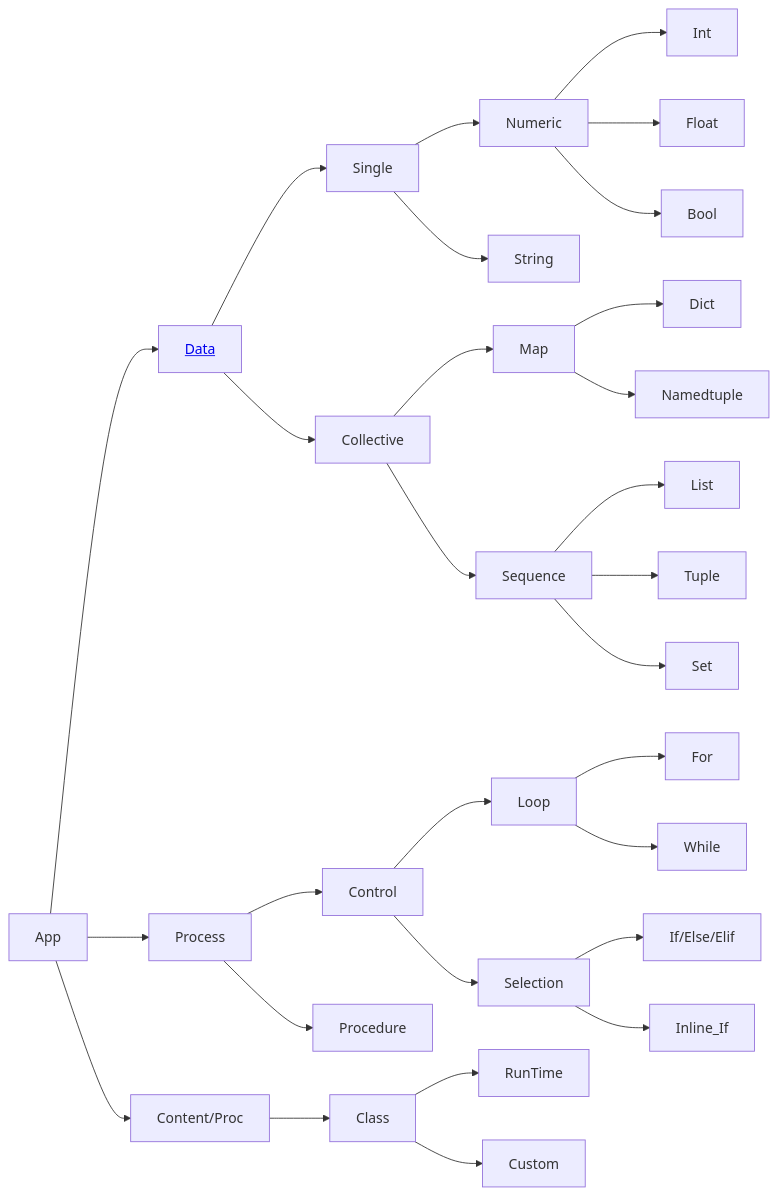
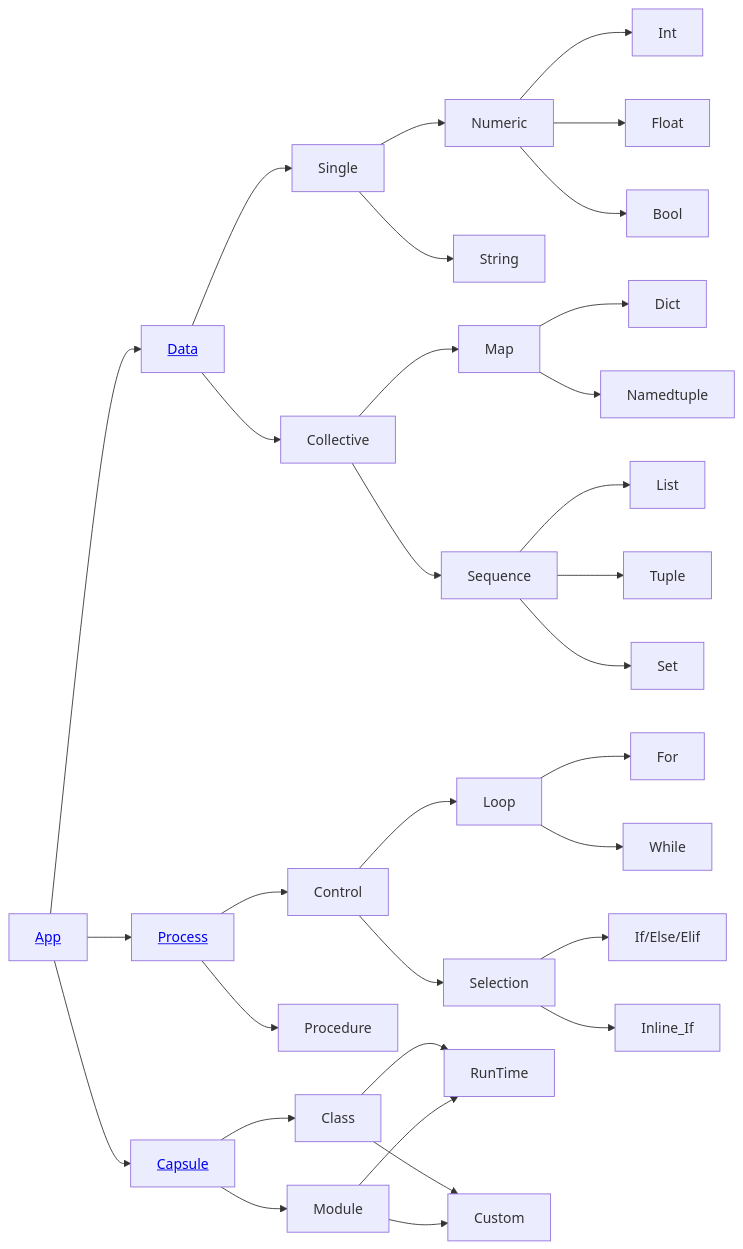
One commit to SuPyPerson/SuPyPerson.github.io changed the diagram in map.md. Above: the diagram before and after it, drawn with Mermaid. The commit also changed 3 other files, not shown here.

````diff
--- a/map.md
+++ b/map.md
@@ -4,32 +4,38 @@
 ```mermaid
 graph LR
     Data[<a href='index.html#data_content'>Data</a>]
+    App[<a href='index.html#README'>App</a>]
+    Process[<a href='index.html#info_process'>Process</a>]
+    Content/Proc[<a href='index.html#content_process'>Capsule</a>]
     App --> Data
     App --> Process
     App --> Content/Proc
     Data --> Single
     Data --> Collective
     Single --> Numeric
     Single --> String
     Numeric --> Int
     Numeric --> Float
     Numeric --> Bool
     Collective --> Map
     Map --> Dict
     Map --> Namedtuple
     Collective --> Sequence
     Sequence --> List
     Sequence --> Tuple
     Sequence --> Set
     Process --> Control
     Process --> Procedure
     Control --> Loop
     Control --> Selection
     Loop --> For
     Loop --> While
     Selection --> If/Else/Elif
     Selection --> Inline_If
     Content/Proc --> Class
+    Content/Proc --> Module
     Class --> RunTime
     Class --> Custom
+    Module --> RunTime
+    Module --> Custom
 ```
````
